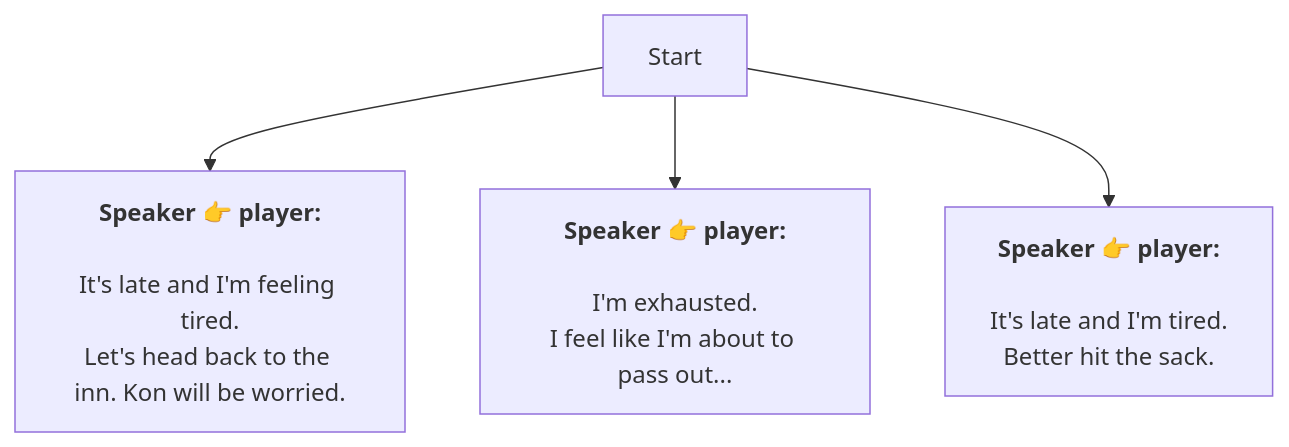
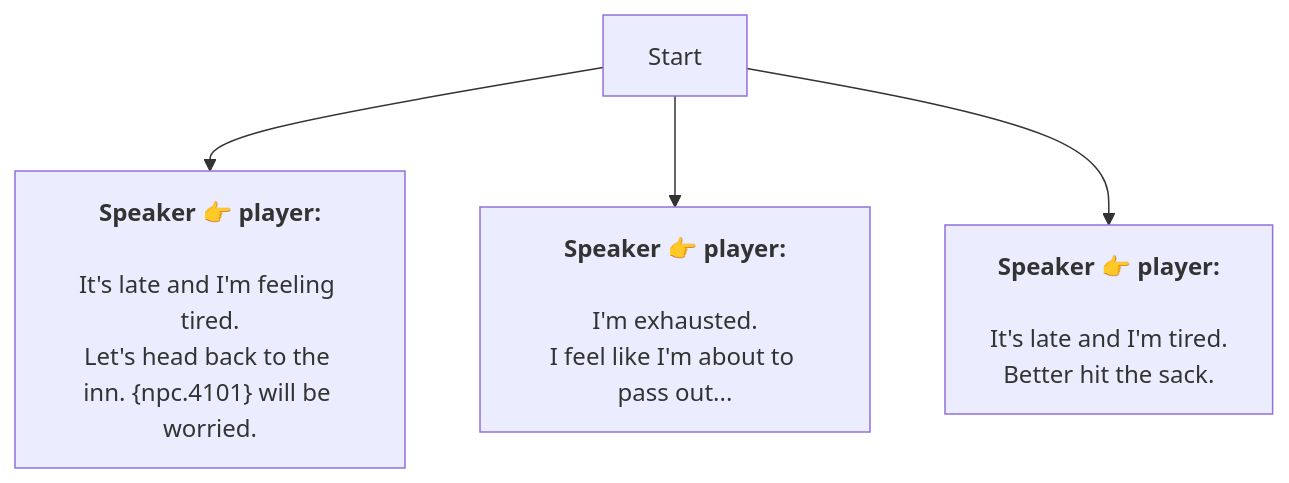
The diagram in En/PlayerBackground.md (SoftHu/tos_avg), drawn with Mermaid before and after one commit. The commit also changed 730 other files, not shown here.

````diff
--- a/En/PlayerBackground.md
+++ b/En/PlayerBackground.md
@@ -1,13 +1,13 @@
 ```mermaid
 graph
 Start -->1732261134497922[<b>Speaker 👉 player:</b>
 \nIt's late and I'm feeling tired.
-Let's head back to the inn. Kon will be worried.]
+Let's head back to the inn. &lbrace;npc.4101&rbrace; will be worried.]
 Start -->1732283576011879[<b>Speaker 👉 player:</b>
 \nI'm exhausted.
 I feel like I'm about to pass out...]
 Start -->1740923208445142[<b>Speaker 👉 player:</b>
 \nIt's late and I'm tired.
 Better hit the sack.]
 
 ```
````
